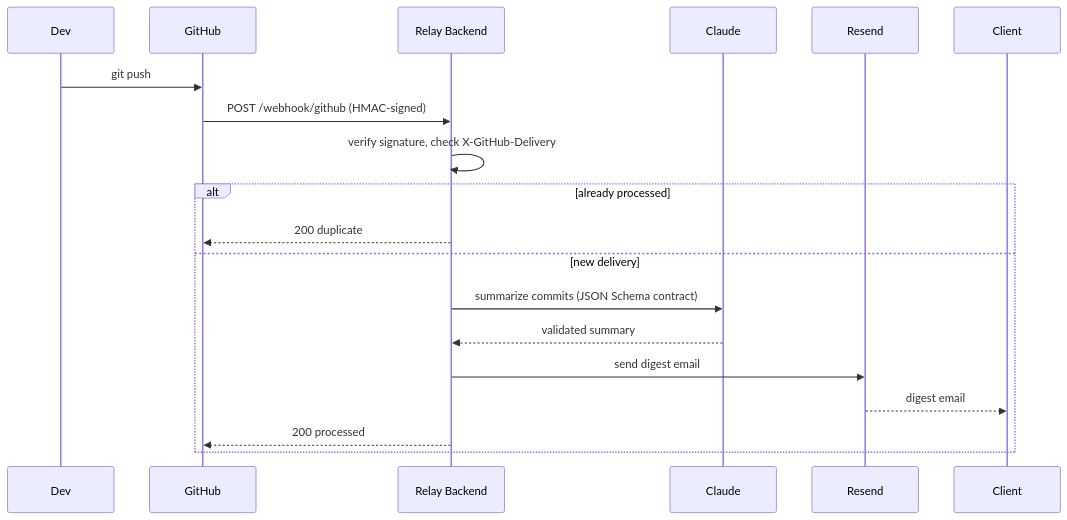
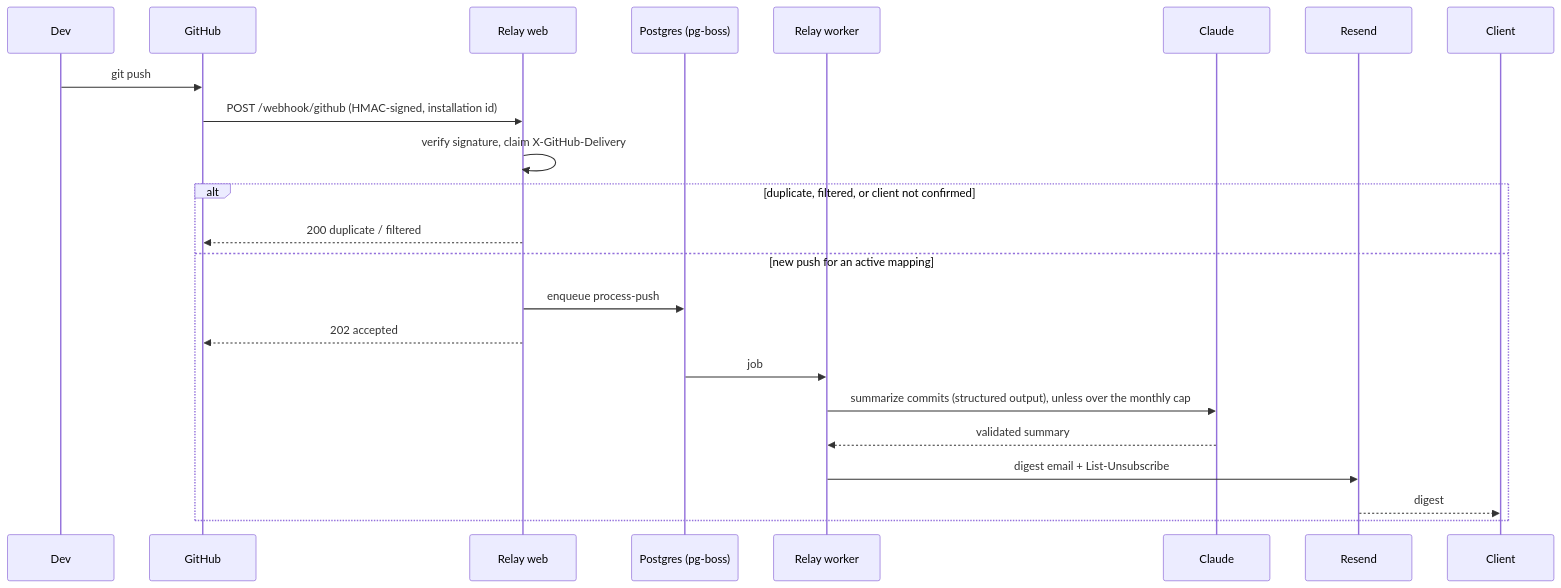
One commit to vishnumuthyalu/relay-extension changed the diagram in README.md. Above: the diagram before and after it, drawn with Mermaid. The commit also changed other lines of this file, not shown here.

Commit message:
docs: final README for the hosted Relay

````diff
--- a/README.md
+++ b/README.md
@@ -38,22 +14,26 @@
 ```mermaid
 sequenceDiagram
     participant Dev
     participant GitHub
-    participant Relay as Relay Backend
+    participant Web as Relay web
+    participant Queue as Postgres (pg-boss)
+    participant Worker as Relay worker
     participant Claude
     participant Resend
     participant Client
 
     Dev->>GitHub: git push
-    GitHub->>Relay: POST /webhook/github (HMAC-signed)
-    Relay->>Relay: verify signature, check X-GitHub-Delivery
-    alt already processed
-        Relay-->>GitHub: 200 duplicate
-    else new delivery
-        Relay->>Claude: summarize commits (JSON Schema contract)
-        Claude-->>Relay: validated summary
-        Relay->>Resend: send digest email
-        Resend-->>Client: digest email
-        Relay-->>GitHub: 200 processed
+    GitHub->>Web: POST /webhook/github (HMAC-signed, installation id)
+    Web->>Web: verify signature, claim X-GitHub-Delivery
+    alt duplicate, filtered, or client not confirmed
+        Web-->>GitHub: 200 duplicate / filtered
+    else new push for an active mapping
+        Web->>Queue: enqueue process-push
+        Web-->>GitHub: 202 accepted
+        Queue->>Worker: job
+        Worker->>Claude: summarize commits (structured output), unless over the monthly cap
+        Claude-->>Worker: validated summary
+        Worker->>Resend: digest email + List-Unsubscribe
+        Resend-->>Client: digest
     end
 ```
````
